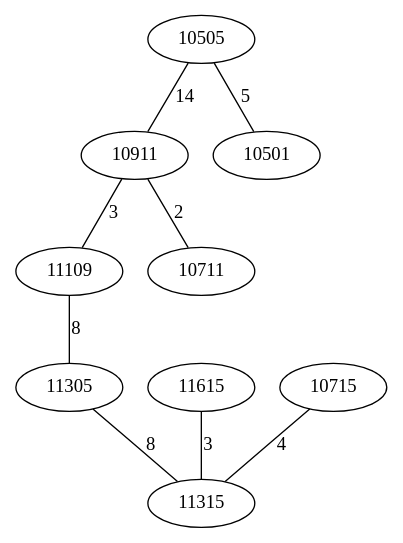
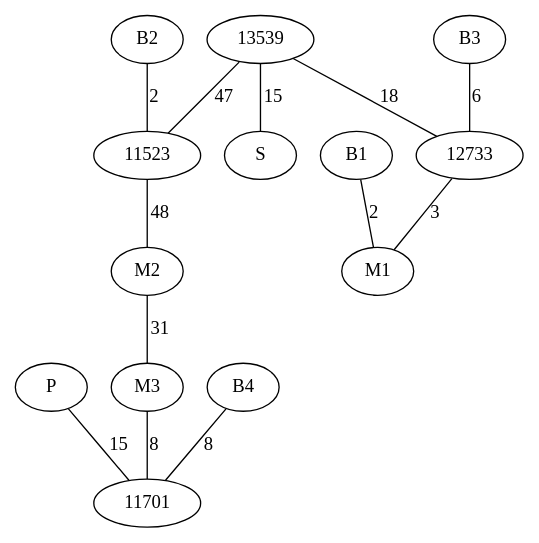
The diagram in Graph.dot (AsmNoob/Labyrinthe), drawn with Graphviz before and after one commit. The commit also changed 3 other files, not shown here.

Commit message:
[Graph]: modifies graph_converter for easier reading

```diff
--- a/Graph.dot
+++ b/Graph.dot
@@ -1,12 +1,16 @@
 graph chemin {
 
-	10505 -- 10911 [label=14]
-	10505 -- 10501 [label=5]
-	10911 -- 11109 [label=3]
-	10911 -- 10711 [label=2]
-	11615 -- 11315 [label=3]
-	10715 -- 11315 [label=4]
-	11109 -- 11305 [label=8]
-	11305 -- 11315 [label=8]
+	P -- 11701 [label=15]
+	13539 -- 12733 [label=18]
+	13539 -- S [label=15]
+	13539 -- 11523 [label=47]
+	B1 -- M1 [label=2]
+	B2 -- 11523 [label=2]
+	11523 -- M2 [label=48]
+	M2 -- M3 [label=31]
+	B3 -- 12733 [label=6]
+	B4 -- 11701 [label=8]
+	M3 -- 11701 [label=8]
+	12733 -- M1 [label=3]
 
 }
```
